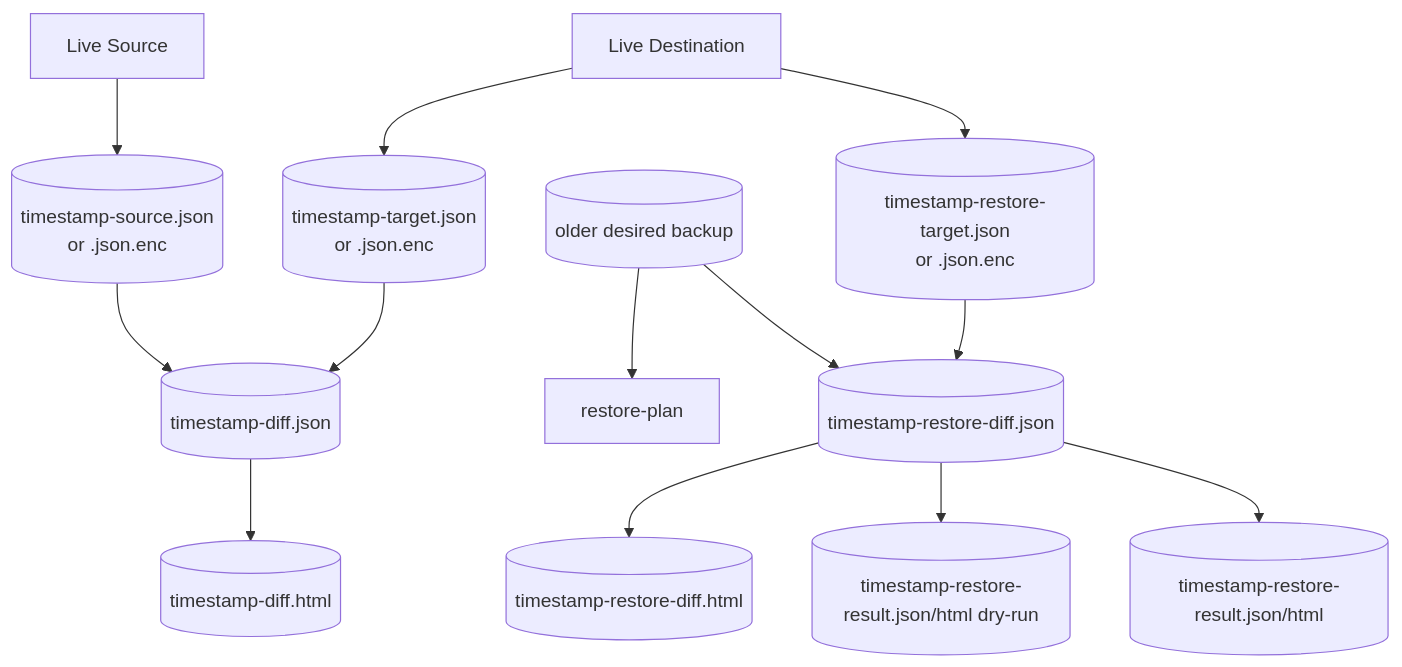
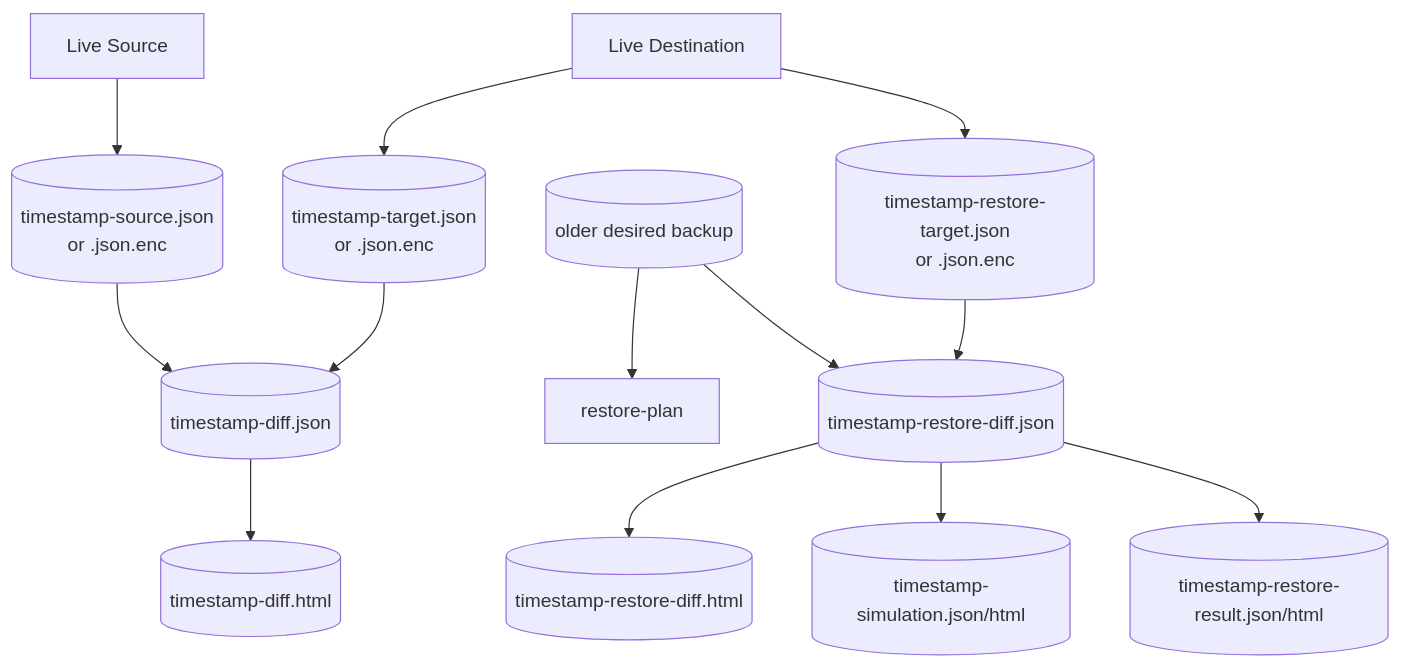
One commit to EggertsIT/ZPA-BackupNrestore changed diagram 12 of 13 in docs/PROCESS.md. Above: the diagram before and after it, drawn with Mermaid. The commit also changed other lines of this file and 246 other files, not shown here.

````diff
--- a/docs/PROCESS.md
+++ b/docs/PROCESS.md
@@ -274,16 +329,16 @@
 ```mermaid
 flowchart TD
     LiveSource[Live Source] --> SourceBackup[(timestamp-source.json<br/>or .json.enc)]
     LiveDestination[Live Destination] --> TargetBackup[(timestamp-target.json<br/>or .json.enc)]
     SourceBackup --> Diff[(timestamp-diff.json)]
     TargetBackup --> Diff
     Diff --> DiffReport[(timestamp-diff.html)]
 
     DesiredBackup[(older desired backup)] --> RestorePlan[restore-plan]
     LiveDestination --> RestoreTarget[(timestamp-restore-target.json<br/>or .json.enc)]
     RestoreTarget --> RestoreDiff[(timestamp-restore-diff.json)]
     DesiredBackup --> RestoreDiff
     RestoreDiff --> RestorePlanReport[(timestamp-restore-diff.html)]
-    RestoreDiff --> DryRunResult[(timestamp-restore-result.json/html dry-run)]
+    RestoreDiff --> SimulationResult[(timestamp-simulation.json/html)]
     RestoreDiff --> RestoreResult[(timestamp-restore-result.json/html)]
 ```
````
